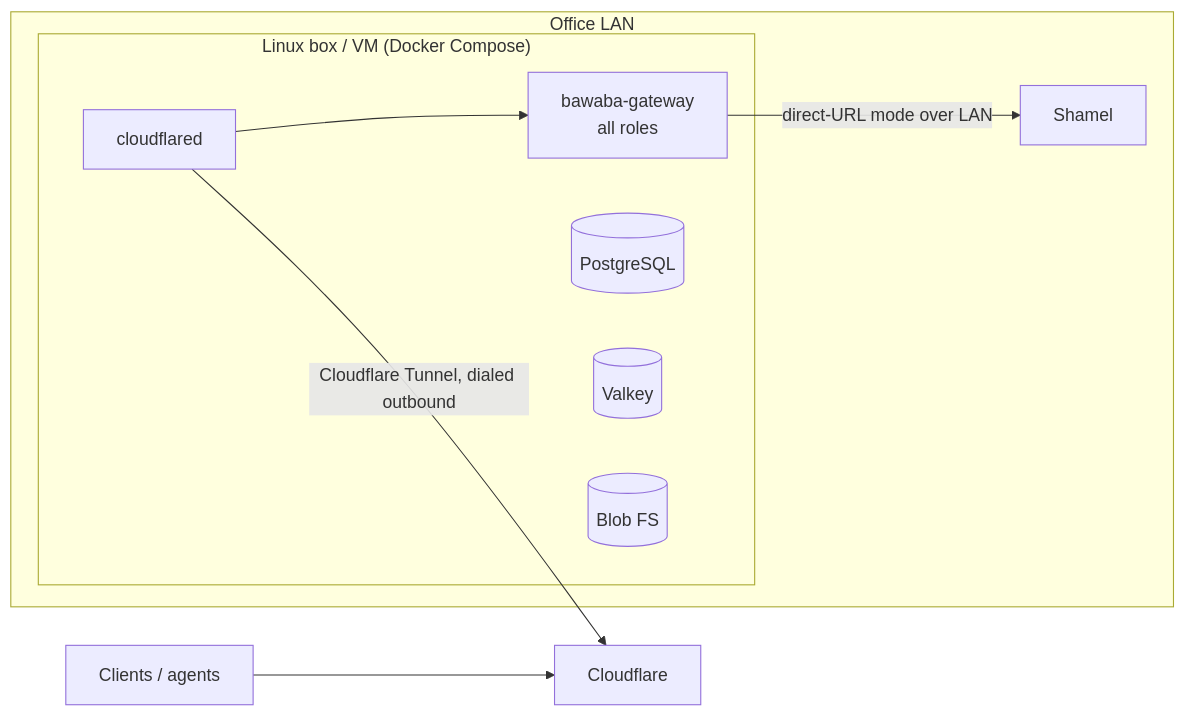
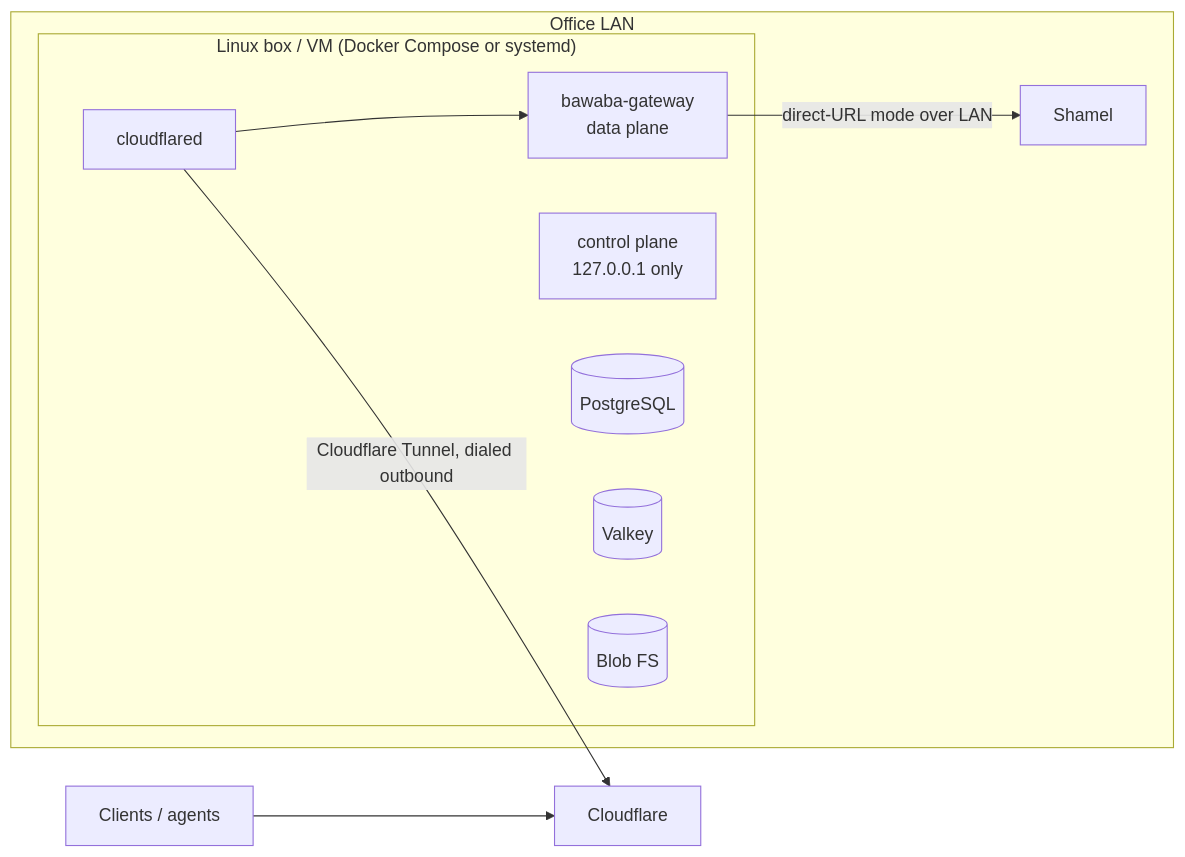
One commit to Web3Abbas/Shamel changed the third of 11 diagrams in docs/design/01-architecture.md. Above: the diagram before and after it, drawn with Mermaid. The commit also changed other lines of this file and 3 other files, not shown here.

First line of the commit message:
Continue applying review findings across architecture, security, permissions and operations (in progress)

````diff
--- a/docs/design/01-architecture.md
+++ b/docs/design/01-architecture.md
@@ -178,15 +201,16 @@
 ```mermaid
 flowchart LR
   c["Clients / agents"] --> cf["Cloudflare"]
   subgraph lan["Office LAN"]
-    subgraph box["Linux box / VM (Docker Compose)"]
-      cfd["cloudflared"] --> g["bawaba-gateway<br/>all roles"]
+    subgraph box["Linux box / VM (Docker Compose or systemd)"]
+      cfd["cloudflared"] --> g["bawaba-gateway<br/>data plane"]
+      cp["control plane<br/>127.0.0.1 only"]
       p[("PostgreSQL")]
       v[("Valkey")]
       b[("Blob FS")]
     end
     s["Shamel"]
   end
   cfd -->|"Cloudflare Tunnel, dialed outbound"| cf
   g -->|"direct-URL mode over LAN"| s
 ```
````
